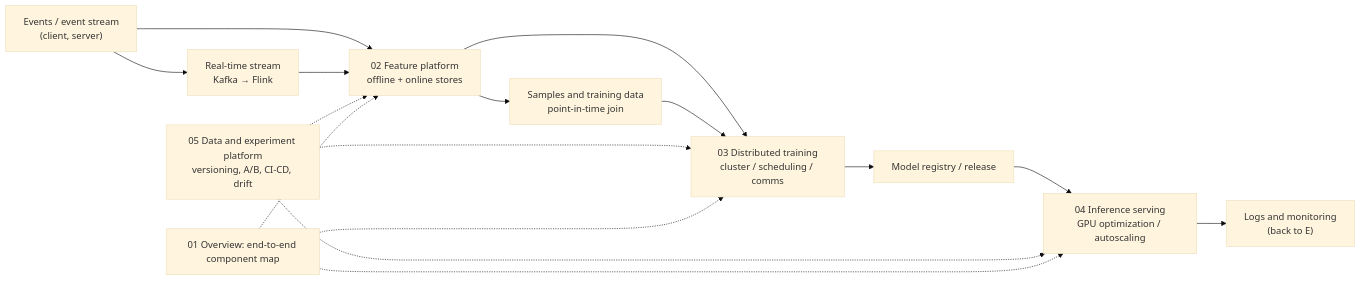
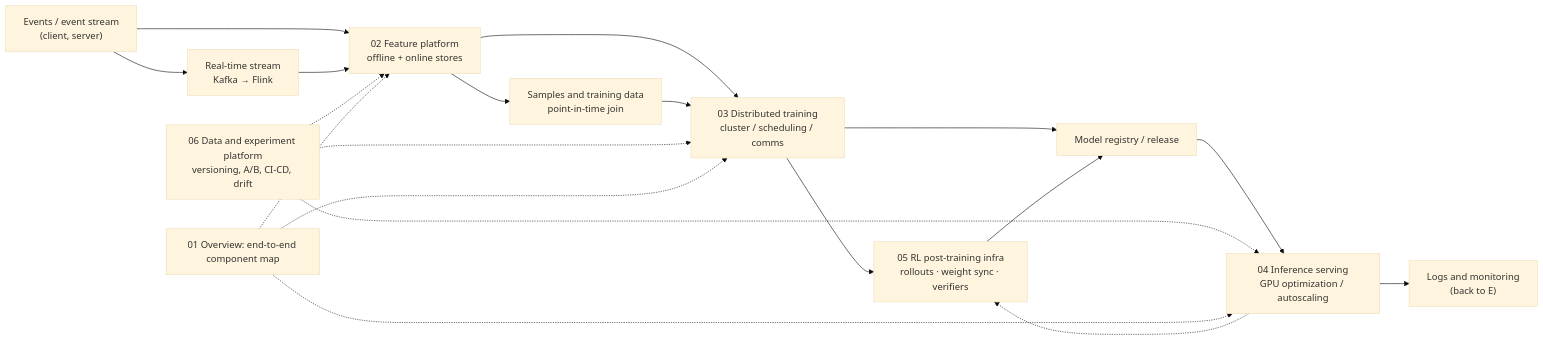
One commit to chua5683/MLE_Learnings changed the diagram in docs/07-ml-infra/README.md. Above: the diagram before and after it, drawn with Mermaid (base theme). The commit also changed other lines of this file and 29 other files, not shown here.

````diff
--- a/docs/07-ml-infra/README.md
+++ b/docs/07-ml-infra/README.md
@@ -19,18 +19,21 @@
 ```mermaid
 flowchart LR
     E["Events / event stream<br/>(client, server)"] --> F["02 Feature platform<br/>offline + online stores"]
     E --> S["Real-time stream<br/>Kafka → Flink"]
     S --> F
     F --> T["03 Distributed training<br/>cluster / scheduling / comms"]
     F --> R["Samples and training data<br/>point-in-time join"]
     R --> T
+    T --> RL["05 RL post-training infra<br/>rollouts · weight sync · verifiers"]
     T --> M["Model registry / release"]
+    RL --> M
     M --> V["04 Inference serving<br/>GPU optimization / autoscaling"]
+    V -.-> RL
     V --> L["Logs and monitoring<br/>(back to E)"]
-    P["05 Data and experiment platform<br/>versioning, A/B, CI-CD, drift"] -.-> F
+    P["06 Data and experiment platform<br/>versioning, A/B, CI-CD, drift"] -.-> F
     P -.-> T
     P -.-> V
     O["01 Overview: end-to-end component map"] -.-> F
     O -.-> T
     O -.-> V
 ```
````
